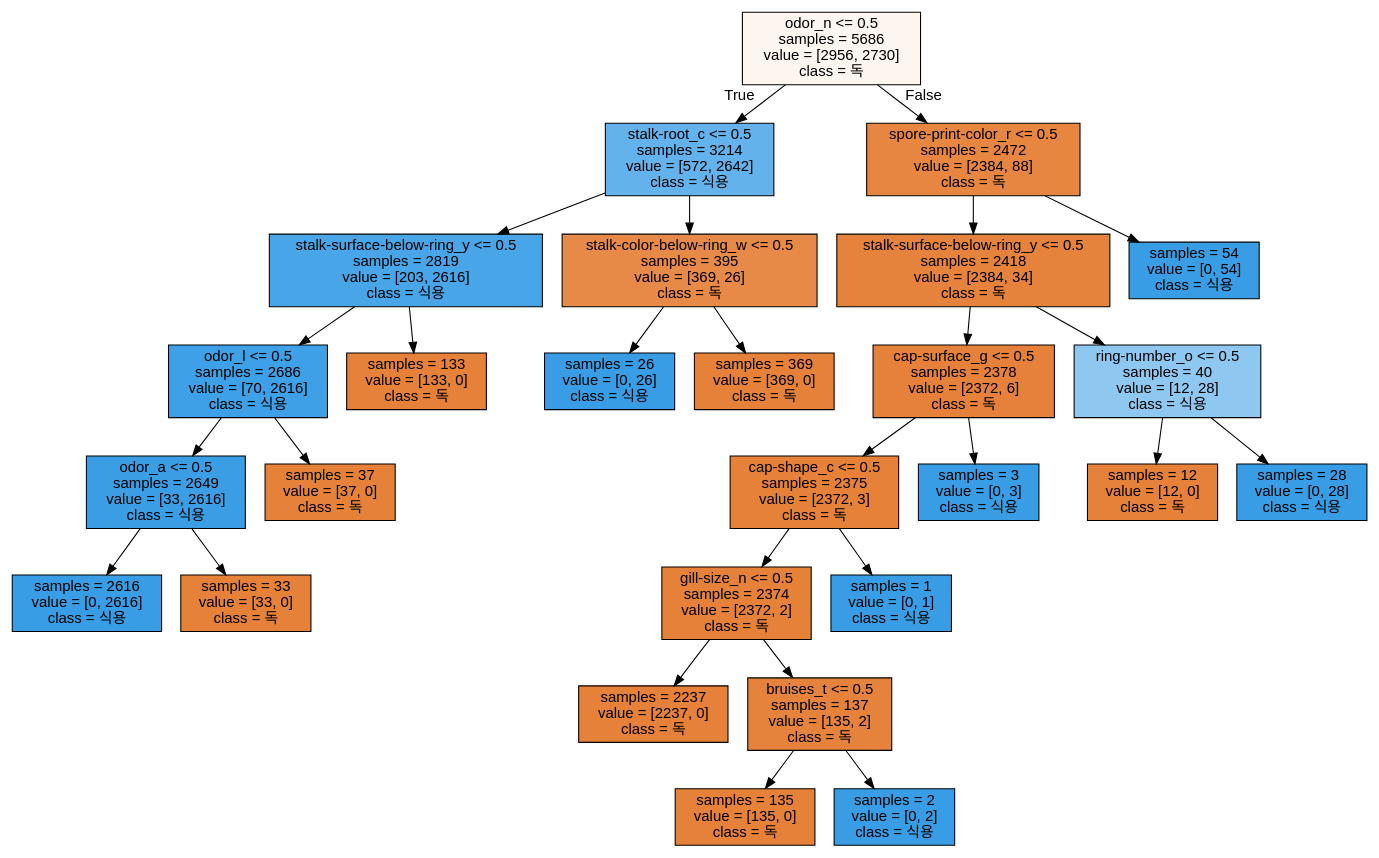
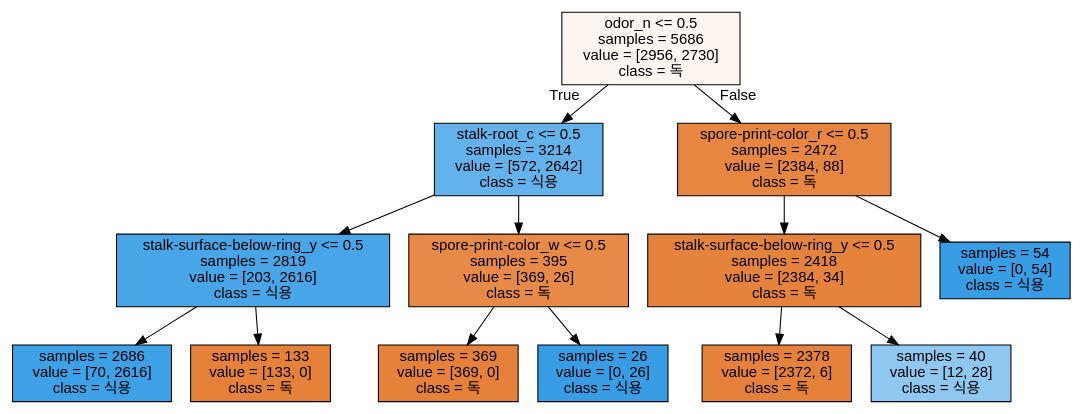
One commit to Hyerim-Ryu/Python changed the diagram in Machine Learning/tree.dot. Above: the diagram before and after it, drawn with Graphviz. The commit also changed 6 other files, not shown here.

```diff
--- a/Machine Learning/tree.dot
+++ b/Machine Learning/tree.dot
@@ -1,57 +1,29 @@
 digraph Tree {
 node [shape=box, style="filled", color="black", fontname="helvetica"] ;
 edge [fontname="helvetica"] ;
 0 [label="odor_n <= 0.5\nsamples = 5686\nvalue = [2956, 2730]\nclass = 독", fillcolor="#fdf5f0"] ;
 1 [label="stalk-root_c <= 0.5\nsamples = 3214\nvalue = [572, 2642]\nclass = 식용", fillcolor="#64b2eb"] ;
 0 -> 1 [labeldistance=2.5, labelangle=45, headlabel="True"] ;
 2 [label="stalk-surface-below-ring_y <= 0.5\nsamples = 2819\nvalue = [203, 2616]\nclass = 식용", fillcolor="#48a5e7"] ;
 1 -> 2 ;
-3 [label="odor_l <= 0.5\nsamples = 2686\nvalue = [70, 2616]\nclass = 식용", fillcolor="#3ea0e6"] ;
+3 [label="samples = 2686\nvalue = [70, 2616]\nclass = 식용", fillcolor="#3ea0e6"] ;
 2 -> 3 ;
-4 [label="odor_a <= 0.5\nsamples = 2649\nvalue = [33, 2616]\nclass = 식용", fillcolor="#3b9ee5"] ;
-3 -> 4 ;
-5 [label="samples = 2616\nvalue = [0, 2616]\nclass = 식용", fillcolor="#399de5"] ;
-4 -> 5 ;
-6 [label="samples = 33\nvalue = [33, 0]\nclass = 독", fillcolor="#e58139"] ;
-4 -> 6 ;
-7 [label="samples = 37\nvalue = [37, 0]\nclass = 독", fillcolor="#e58139"] ;
-3 -> 7 ;
-8 [label="samples = 133\nvalue = [133, 0]\nclass = 독", fillcolor="#e58139"] ;
-2 -> 8 ;
-9 [label="stalk-color-below-ring_w <= 0.5\nsamples = 395\nvalue = [369, 26]\nclass = 독", fillcolor="#e78a47"] ;
-1 -> 9 ;
-10 [label="samples = 26\nvalue = [0, 26]\nclass = 식용", fillcolor="#399de5"] ;
+4 [label="samples = 133\nvalue = [133, 0]\nclass = 독", fillcolor="#e58139"] ;
+2 -> 4 ;
+5 [label="spore-print-color_w <= 0.5\nsamples = 395\nvalue = [369, 26]\nclass = 독", fillcolor="#e78a47"] ;
+1 -> 5 ;
+6 [label="samples = 369\nvalue = [369, 0]\nclass = 독", fillcolor="#e58139"] ;
+5 -> 6 ;
+7 [label="samples = 26\nvalue = [0, 26]\nclass = 식용", fillcolor="#399de5"] ;
+5 -> 7 ;
+8 [label="spore-print-color_r <= 0.5\nsamples = 2472\nvalue = [2384, 88]\nclass = 독", fillcolor="#e68640"] ;
+0 -> 8 [labeldistance=2.5, labelangle=-45, headlabel="False"] ;
+9 [label="stalk-surface-below-ring_y <= 0.5\nsamples = 2418\nvalue = [2384, 34]\nclass = 독", fillcolor="#e5833c"] ;
+8 -> 9 ;
+10 [label="samples = 2378\nvalue = [2372, 6]\nclass = 독", fillcolor="#e5813a"] ;
 9 -> 10 ;
-11 [label="samples = 369\nvalue = [369, 0]\nclass = 독", fillcolor="#e58139"] ;
+11 [label="samples = 40\nvalue = [12, 28]\nclass = 식용", fillcolor="#8ec7f0"] ;
 9 -> 11 ;
-12 [label="spore-print-color_r <= 0.5\nsamples = 2472\nvalue = [2384, 88]\nclass = 독", fillcolor="#e68640"] ;
-0 -> 12 [labeldistance=2.5, labelangle=-45, headlabel="False"] ;
-13 [label="stalk-surface-below-ring_y <= 0.5\nsamples = 2418\nvalue = [2384, 34]\nclass = 독", fillcolor="#e5833c"] ;
-12 -> 13 ;
-14 [label="cap-surface_g <= 0.5\nsamples = 2378\nvalue = [2372, 6]\nclass = 독", fillcolor="#e5813a"] ;
-13 -> 14 ;
-15 [label="cap-shape_c <= 0.5\nsamples = 2375\nvalue = [2372, 3]\nclass = 독", fillcolor="#e58139"] ;
-14 -> 15 ;
-16 [label="gill-size_n <= 0.5\nsamples = 2374\nvalue = [2372, 2]\nclass = 독", fillcolor="#e58139"] ;
-15 -> 16 ;
-17 [label="samples = 2237\nvalue = [2237, 0]\nclass = 독", fillcolor="#e58139"] ;
-16 -> 17 ;
-18 [label="bruises_t <= 0.5\nsamples = 137\nvalue = [135, 2]\nclass = 독", fillcolor="#e5833c"] ;
-16 -> 18 ;
-19 [label="samples = 135\nvalue = [135, 0]\nclass = 독", fillcolor="#e58139"] ;
-18 -> 19 ;
-20 [label="samples = 2\nvalue = [0, 2]\nclass = 식용", fillcolor="#399de5"] ;
-18 -> 20 ;
-21 [label="samples = 1\nvalue = [0, 1]\nclass = 식용", fillcolor="#399de5"] ;
-15 -> 21 ;
-22 [label="samples = 3\nvalue = [0, 3]\nclass = 식용", fillcolor="#399de5"] ;
-14 -> 22 ;
-23 [label="ring-number_o <= 0.5\nsamples = 40\nvalue = [12, 28]\nclass = 식용", fillcolor="#8ec7f0"] ;
-13 -> 23 ;
-24 [label="samples = 12\nvalue = [12, 0]\nclass = 독", fillcolor="#e58139"] ;
-23 -> 24 ;
-25 [label="samples = 28\nvalue = [0, 28]\nclass = 식용", fillcolor="#399de5"] ;
-23 -> 25 ;
-26 [label="samples = 54\nvalue = [0, 54]\nclass = 식용", fillcolor="#399de5"] ;
-12 -> 26 ;
+12 [label="samples = 54\nvalue = [0, 54]\nclass = 식용", fillcolor="#399de5"] ;
+8 -> 12 ;
 }
```
